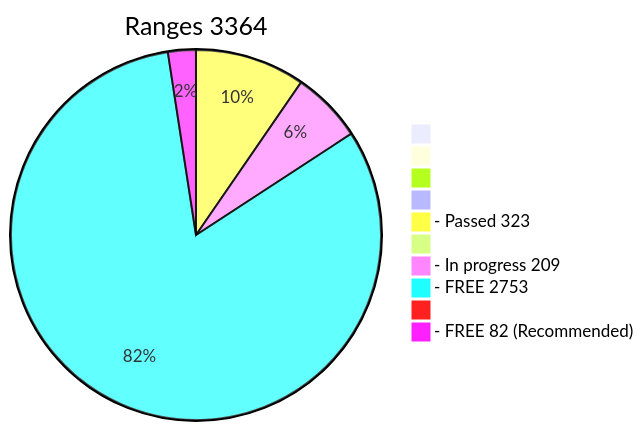
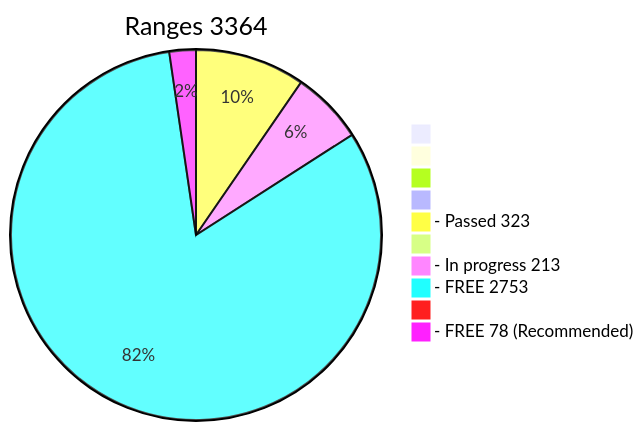
One commit to phrutis/wif500 changed the diagram in x64/Release/table.md. Above: the diagram before and after it, drawn with Mermaid. The commit also changed other lines of this file, not shown here.

````diff
--- a/x64/Release/table.md
+++ b/x64/Release/table.md
@@ -2,13 +2,13 @@
 ```mermaid
 pie title Ranges 3364
   " " : 0
   "  " : 0
   "   " : 0
   "    " : 0
   "- Passed 323" : 323
   "     " : 0
-  "- In progress 209" : 209
+  "- In progress 213" : 213
   "- FREE 2753" : 2753
   "      " : 0
-  "- FREE 82 (Recommended)" : 82
+  "- FREE 78 (Recommended)" : 78
 ```
````
